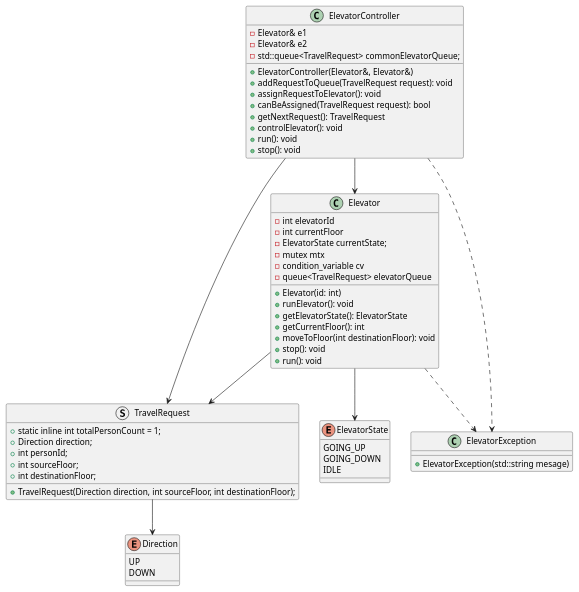
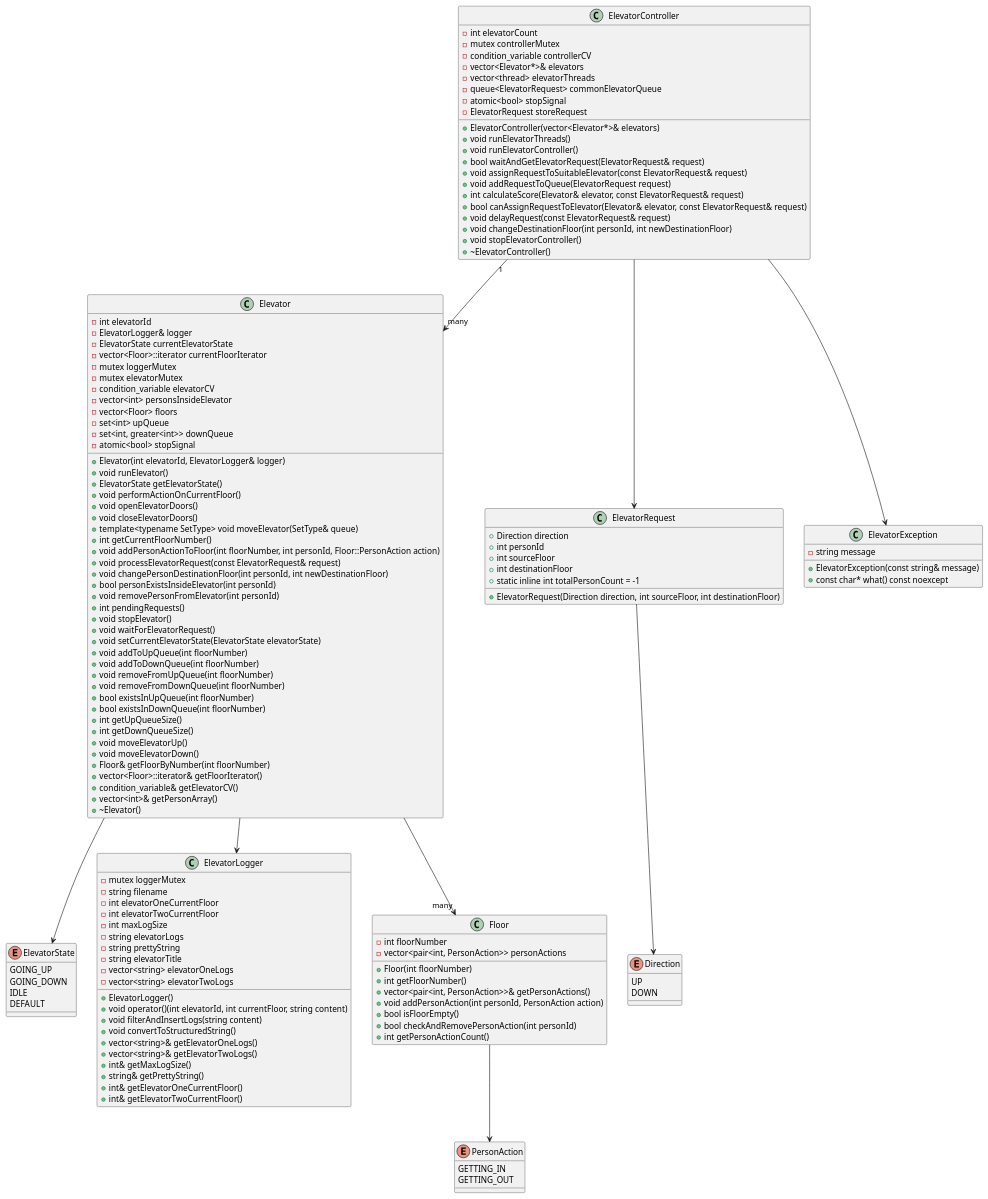
Before and after one commit to pratyushdhavala-itt/CPP-Training: the diagram in final_project/elevator_simulation/class_diagram/class_diagram.puml, drawn with PlantUML. The commit also changed 6 other files, not shown here.

```diff
--- a/final_project/elevator_simulation/class_diagram/class_diagram.puml
+++ b/final_project/elevator_simulation/class_diagram/class_diagram.puml
@@ -1,65 +1,155 @@
 @startuml
+
+enum ElevatorState {
+    GOING_UP
+    GOING_DOWN
+    IDLE
+    DEFAULT
+}
+
+enum PersonAction {
+    GETTING_IN
+    GETTING_OUT
+}
 
 enum Direction {
     UP
     DOWN
 }
 
-enum ElevatorState {
-    GOING_UP
-    GOING_DOWN
-    IDLE
-}
 
 class Elevator {
-    -int elevatorId
-    -int currentFloor
-    -ElevatorState currentState;
-    -mutex mtx
-    -condition_variable cv
-    -queue<TravelRequest> elevatorQueue
-    +Elevator(id: int)
-    +runElevator(): void
-    +getElevatorState(): ElevatorState
-    +getCurrentFloor(): int
-    +moveToFloor(int destinationFloor): void
-    +stop(): void
-    +run(): void
-}
+    - int elevatorId
+    - ElevatorLogger& logger
+    - ElevatorState currentElevatorState
+    - vector<Floor>::iterator currentFloorIterator
+    - mutex loggerMutex
+    - mutex elevatorMutex
+    - condition_variable elevatorCV
+    - vector<int> personsInsideElevator
+    - vector<Floor> floors
+    - set<int> upQueue
+    - set<int, greater<int>> downQueue
+    - atomic<bool> stopSignal
 
-struct TravelRequest {
-    +static inline int totalPersonCount = 1;
-    +Direction direction;
-    +int personId;
-    +int sourceFloor;
-    +int destinationFloor;
-    +TravelRequest(Direction direction, int sourceFloor, int destinationFloor);
+    + Elevator(int elevatorId, ElevatorLogger& logger)
+    + void runElevator()
+    + ElevatorState getElevatorState()
+    + void performActionOnCurrentFloor()
+    + void openElevatorDoors()
+    + void closeElevatorDoors()
+    + template<typename SetType> void moveElevator(SetType& queue)
+    + int getCurrentFloorNumber()
+    + void addPersonActionToFloor(int floorNumber, int personId, Floor::PersonAction action)
+    + void processElevatorRequest(const ElevatorRequest& request)
+    + void changePersonDestinationFloor(int personId, int newDestinationFloor)
+    + bool personExistsInsideElevator(int personId)
+    + void removePersonFromElevator(int personId)
+    + int pendingRequests()
+    + void stopElevator()
+    + void waitForElevatorRequest()
+    + void setCurrentElevatorState(ElevatorState elevatorState)
+    + void addToUpQueue(int floorNumber)
+    + void addToDownQueue(int floorNumber)
+    + void removeFromUpQueue(int floorNumber)
+    + void removeFromDownQueue(int floorNumber)
+    + bool existsInUpQueue(int floorNumber)
+    + bool existsInDownQueue(int floorNumber)
+    + int getUpQueueSize()
+    + int getDownQueueSize()
+    + void moveElevatorUp()
+    + void moveElevatorDown()
+    + Floor& getFloorByNumber(int floorNumber)
+    + vector<Floor>::iterator& getFloorIterator()
+    + condition_variable& getElevatorCV()
+    + vector<int>& getPersonArray()
+    + ~Elevator()
 }
 
 class ElevatorController {
-    -Elevator& e1
-    -Elevator& e2
-    -std::queue<TravelRequest> commonElevatorQueue;
-    +ElevatorController(Elevator&, Elevator&)
-    +addRequestToQueue(TravelRequest request): void
-    +assignRequestToElevator(): void
-    +canBeAssigned(TravelRequest request): bool
-    +getNextRequest(): TravelRequest
-    +controlElevator(): void
-    +run(): void
-    +stop(): void
+    - int elevatorCount
+    - mutex controllerMutex
+    - condition_variable controllerCV
+    - vector<Elevator*>& elevators
+    - vector<thread> elevatorThreads
+    - queue<ElevatorRequest> commonElevatorQueue
+    - atomic<bool> stopSignal
+    - ElevatorRequest storeRequest
+
+    + ElevatorController(vector<Elevator*>& elevators)
+    + void runElevatorThreads()
+    + void runElevatorController()
+    + bool waitAndGetElevatorRequest(ElevatorRequest& request)
+    + void assignRequestToSuitableElevator(const ElevatorRequest& request)
+    + void addRequestToQueue(ElevatorRequest request)
+    + int calculateScore(Elevator& elevator, const ElevatorRequest& request)
+    + bool canAssignRequestToElevator(Elevator& elevator, const ElevatorRequest& request)
+    + void delayRequest(const ElevatorRequest& request)
+    + void changeDestinationFloor(int personId, int newDestinationFloor)
+    + void stopElevatorController()
+    + ~ElevatorController()
+}
+
+class ElevatorLogger {
+    - mutex loggerMutex
+    - string filename
+    - int elevatorOneCurrentFloor
+    - int elevatorTwoCurrentFloor
+    - int maxLogSize
+    - string elevatorLogs
+    - string prettyString
+    - string elevatorTitle
+    - vector<string> elevatorOneLogs
+    - vector<string> elevatorTwoLogs
+
+    + ElevatorLogger()
+    + void operator()(int elevatorId, int currentFloor, string content)
+    + void filterAndInsertLogs(string content)
+    + void convertToStructuredString()
+    + vector<string>& getElevatorOneLogs()
+    + vector<string>& getElevatorTwoLogs()
+    + int& getMaxLogSize()
+    + string& getPrettyString()
+    + int& getElevatorOneCurrentFloor()
+    + int& getElevatorTwoCurrentFloor()
+}
+
+class Floor {
+    - int floorNumber
+    - vector<pair<int, PersonAction>> personActions
+
+    + Floor(int floorNumber)
+    + int getFloorNumber()
+    + vector<pair<int, PersonAction>>& getPersonActions()
+    + void addPersonAction(int personId, PersonAction action)
+    + bool isFloorEmpty()
+    + bool checkAndRemovePersonAction(int personId)
+    + int getPersonActionCount()
+}
+
+class ElevatorRequest {
+    + Direction direction
+    + int personId
+    + int sourceFloor
+    + int destinationFloor
+    + static inline int totalPersonCount = -1
+    + ElevatorRequest(Direction direction, int sourceFloor, int destinationFloor)
 }
 
 class ElevatorException {
-    +ElevatorException(std::string mesage)
+    - string message
+    + ElevatorException(const string& message)
+    + const char* what() const noexcept
 }
 
-ElevatorController --> Elevator
-ElevatorController --> TravelRequest
-Elevator --> TravelRequest
+
+ElevatorController "1" --> "many" Elevator 
+Elevator --> ElevatorLogger
+Elevator --> "many" Floor 
+ElevatorController --> ElevatorRequest 
+ElevatorController --> ElevatorException 
+Floor --> PersonAction
+ElevatorRequest --> Direction
 Elevator --> ElevatorState
-TravelRequest --> Direction
-ElevatorController ..> ElevatorException
-Elevator ..> ElevatorException
 
 @enduml
```
